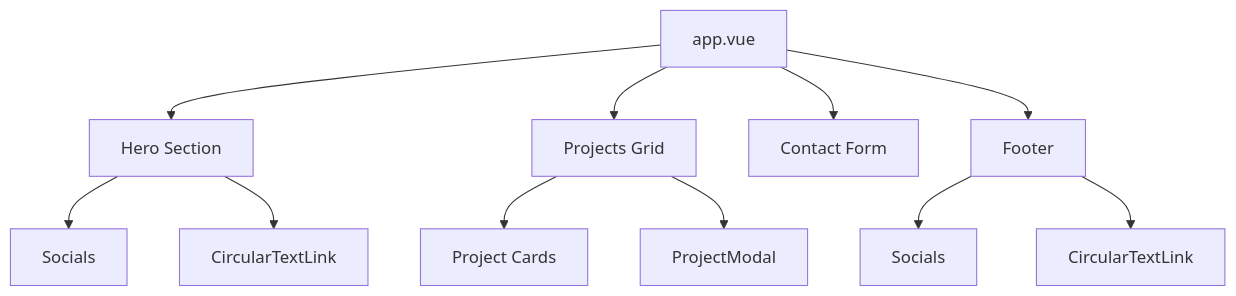
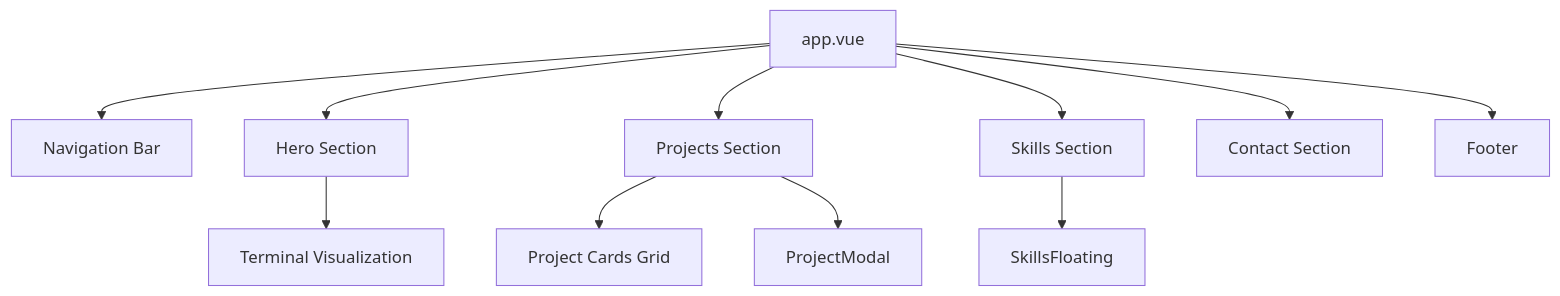
One commit to valentinbgt/v.beauget.fr changed the fourth of 4 diagrams in .ai-documentation/ARCHITECTURE.md. Above: the diagram before and after it, drawn with Mermaid. The commit also changed other lines of this file and 14 other files, not shown here.

First line of the commit message:
refactor: Revise architecture and component structure; remove deprecated API and unused assets

````diff
--- a/.ai-documentation/ARCHITECTURE.md
+++ b/.ai-documentation/ARCHITECTURE.md
@@ -75,18 +76,18 @@
 ```mermaid
 graph TD
     AppVue[app.vue]
     
+    AppVue --> Nav[Navigation Bar]
     AppVue --> Hero[Hero Section]
-    AppVue --> Projects[Projects Grid]
-    AppVue --> Contact[Contact Form]
+    AppVue --> Projects[Projects Section]
+    AppVue --> Skills[Skills Section]
+    AppVue --> Contact[Contact Section]
     AppVue --> Footer[Footer]
     
-    Hero --> Socials1[Socials]
-    Hero --> CircularText1[CircularTextLink]
+    Hero --> Terminal[Terminal Visualization]
     
-    Projects --> ProjectCards[Project Cards]
+    Projects --> ProjectCards[Project Cards Grid]
     Projects --> ProjectModal[ProjectModal]
     
-    Footer --> Socials2[Socials]
-    Footer --> CircularText2[CircularTextLink]
+    Skills --> SkillsFloating[SkillsFloating]
 ```
````
